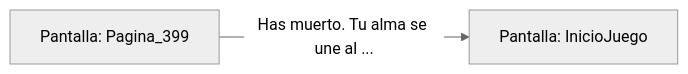
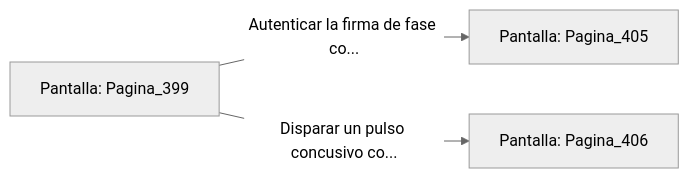
The diagram in sample/eligejuego-vault/Pantalla_Pagina_399.md (metsuke/mpl), drawn with Mermaid (neutral theme) before and after one commit. The commit also changed other lines of this file and 635 other files, not shown here.

First line of the commit message:
fix: añadir Pagina_1 como pantalla inicial en capitulo_01.mpl

````diff
--- a/sample/eligejuego-vault/Pantalla_Pagina_399.md
+++ b/sample/eligejuego-vault/Pantalla_Pagina_399.md
@@ -17,5 +24,6 @@
 ```mermaid
 graph LR
     P_Pagina_399["Pantalla: Pagina_399"]
-    P_Pagina_399 -->|"Has muerto. Tu alma se une al ..."| P_InicioJuego["Pantalla: InicioJuego"]
+    P_Pagina_399 -->|"Autenticar la firma de fase co..."| P_Pagina_405["Pantalla: Pagina_405"]
+    P_Pagina_399 -->|"Disparar un pulso concusivo co..."| P_Pagina_406["Pantalla: Pagina_406"]
 ```
````
